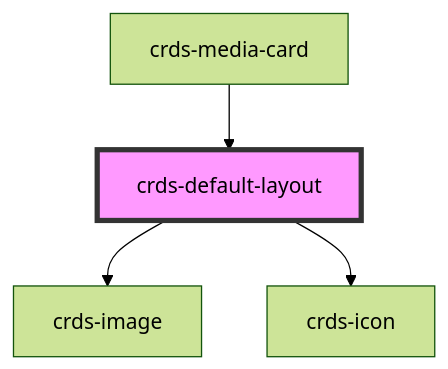
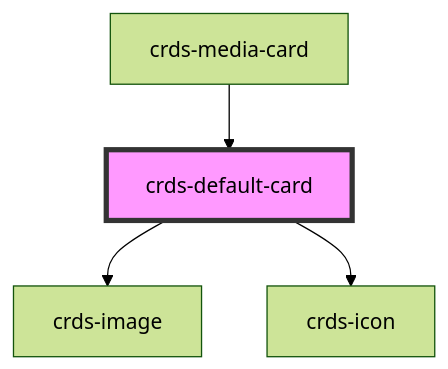
The diagram in src/components/crds-media-card/layouts/crds-default-card/readme.md (dholloran-ample/visual-regression-testing-IP), drawn with Mermaid (forest theme) before and after one commit. The commit also changed other lines of this file and 206 other files, not shown here.

````diff
--- a/src/components/crds-media-card/layouts/crds-default-card/readme.md
+++ b/src/components/crds-media-card/layouts/crds-default-card/readme.md
@@ -39,7 +35,7 @@
 ```mermaid
 graph TD;
-  crds-default-layout --> crds-image
-  crds-default-layout --> crds-icon
-  crds-media-card --> crds-default-layout
-  style crds-default-layout fill:#f9f,stroke:#333,stroke-width:4px
+  crds-default-card --> crds-image
+  crds-default-card --> crds-icon
+  crds-media-card --> crds-default-card
+  style crds-default-card fill:#f9f,stroke:#333,stroke-width:4px
 ```
````
